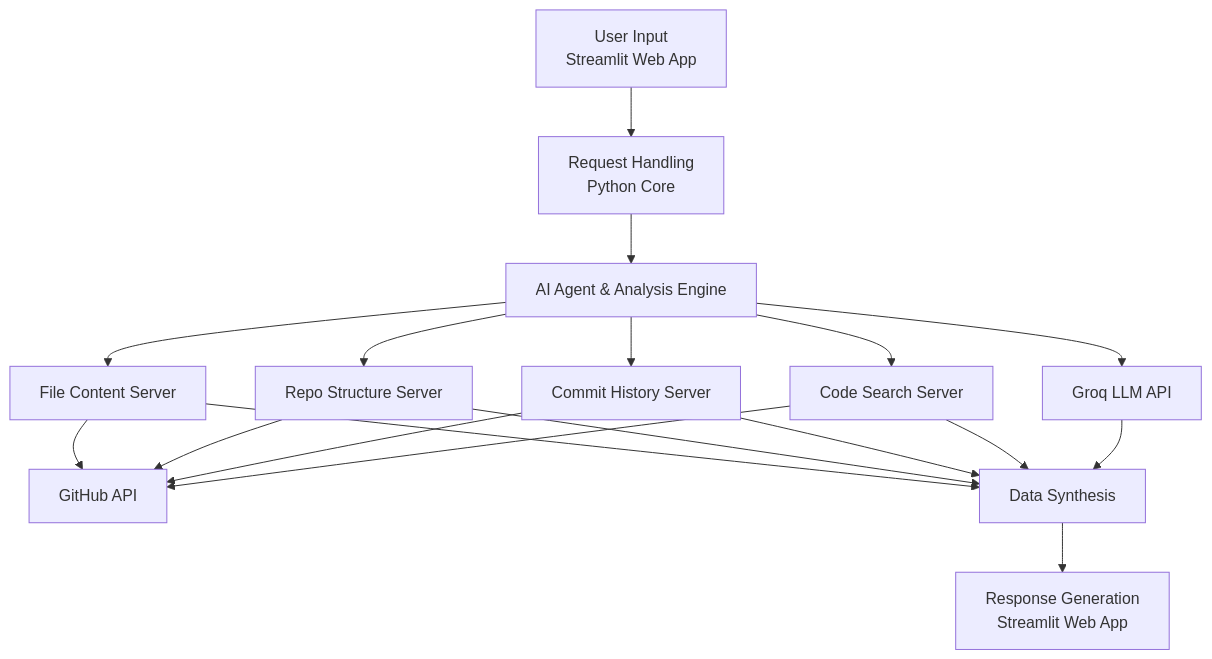
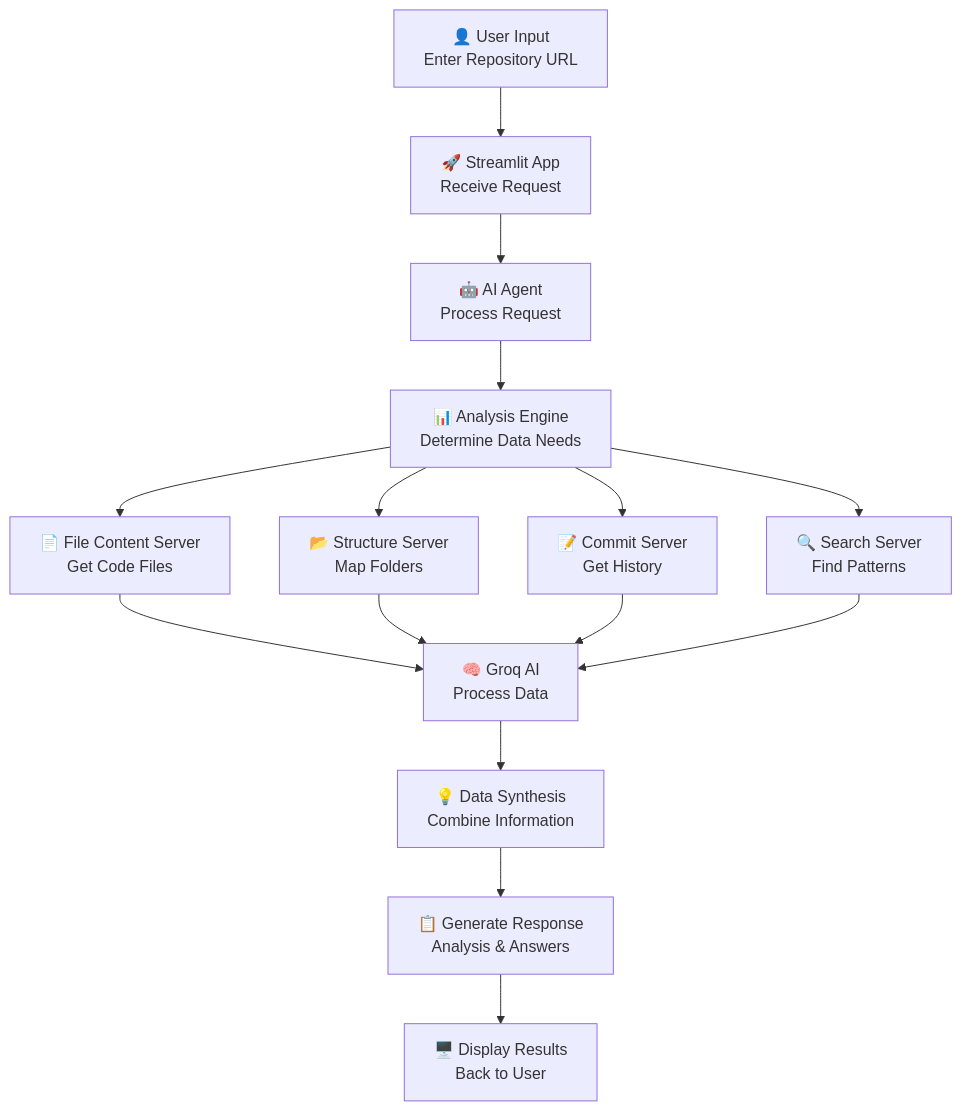
Before and after one commit to KaifAhmad1/repo-analyzer: the diagram in README.md, drawn with Mermaid. The commit also changed other lines of this file, not shown here.

Commit message:
docs: simplify system architecture - remove complex chart, create sequential top-to-bottom flow, remove GitHub API references

````diff
--- a/README.md
+++ b/README.md
@@ -168,20 +78,17 @@
 ```mermaid
 flowchart TD
-    A[User Input<br/>Streamlit Web App] --> B[Request Handling<br/>Python Core]
-    B --> C[AI Agent & Analysis Engine]
-    C --> D1[File Content Server]
-    C --> D2[Repo Structure Server]
-    C --> D3[Commit History Server]
-    C --> D4[Code Search Server]
-    D1 --> E[GitHub API]
-    D2 --> E
-    D3 --> E
-    D4 --> E
-    C --> F[Groq LLM API]
-    D1 --> G[Data Synthesis]
-    D2 --> G
-    D3 --> G
-    D4 --> G
-    F --> G
-    G --> H[Response Generation<br/>Streamlit Web App]
+    A[👤 User Input<br/>Enter Repository URL] --> B[🚀 Streamlit App<br/>Receive Request]
+    B --> C[🤖 AI Agent<br/>Process Request]
+    C --> D[📊 Analysis Engine<br/>Determine Data Needs]
+    D --> E1[📄 File Content Server<br/>Get Code Files]
+    D --> E2[📂 Structure Server<br/>Map Folders]
+    D --> E3[📝 Commit Server<br/>Get History]
+    D --> E4[🔍 Search Server<br/>Find Patterns]
+    E1 --> F[🧠 Groq AI<br/>Process Data]
+    E2 --> F
+    E3 --> F
+    E4 --> F
+    F --> G[💡 Data Synthesis<br/>Combine Information]
+    G --> H[📋 Generate Response<br/>Analysis & Answers]
+    H --> I[🖥️ Display Results<br/>Back to User]
 ```
````
